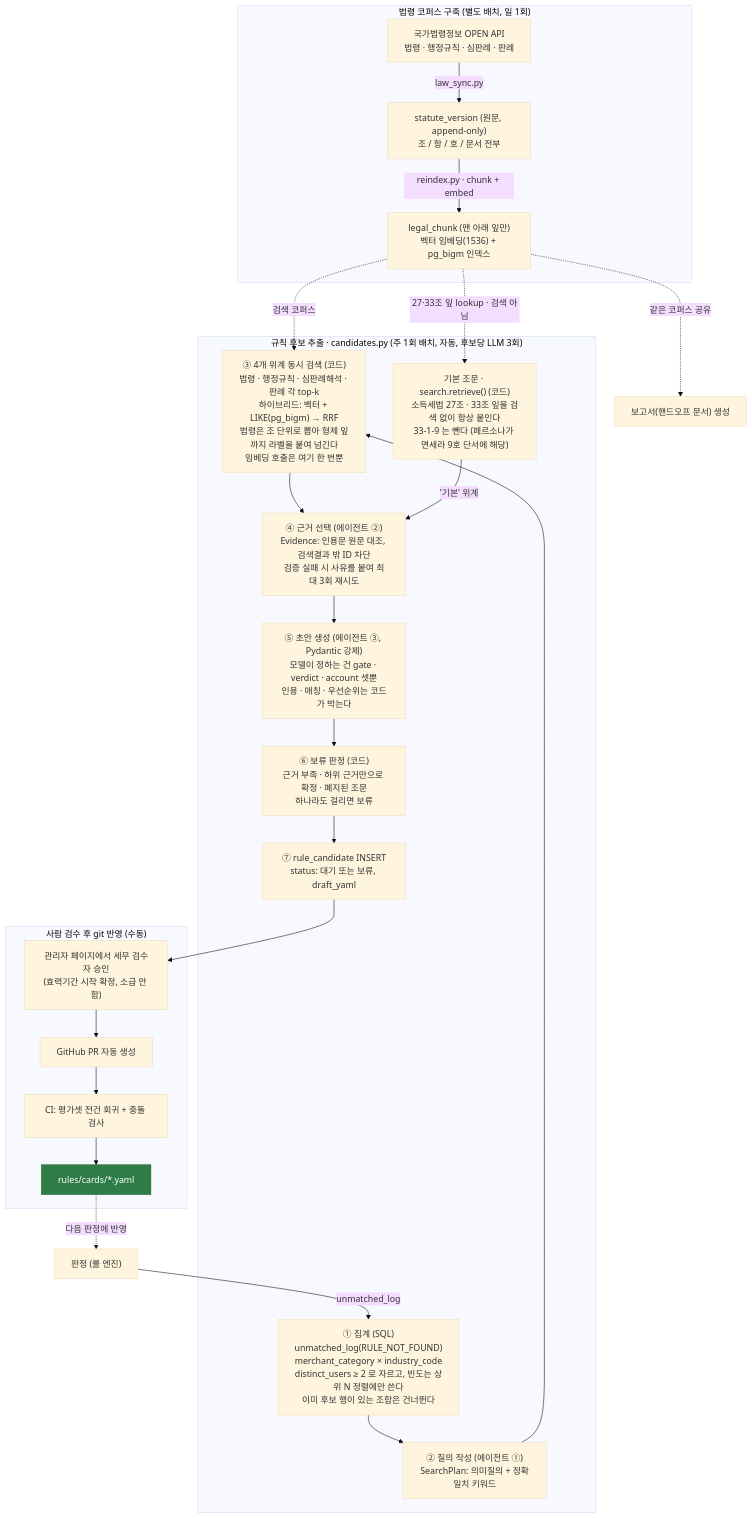
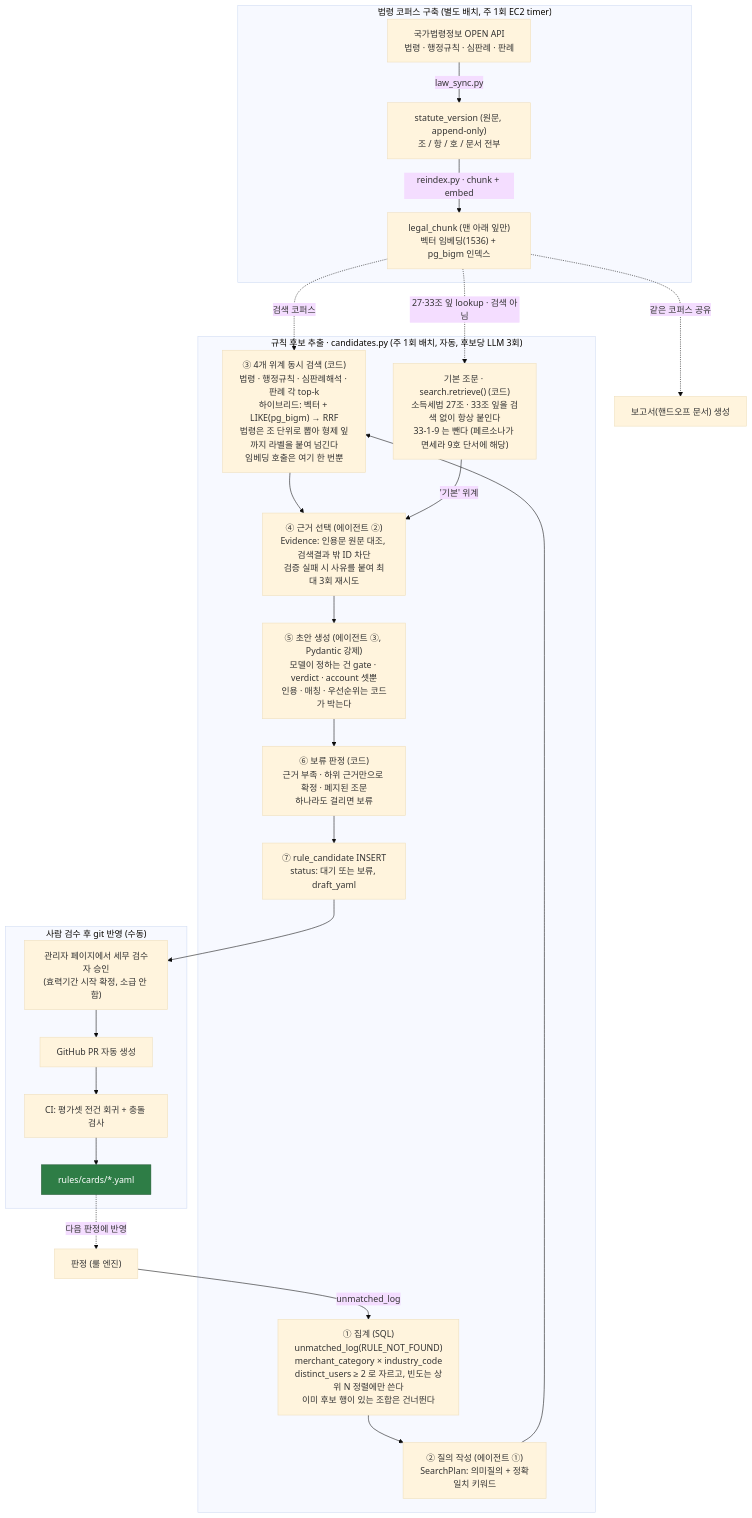
One commit to RainDrop3/ktc4-pusan-4 changed the third of 3 diagrams in docs/architecture.md. Above: the diagram before and after it, drawn with Mermaid (base theme). The commit also changed 3 other files, not shown here.

````diff
--- a/docs/architecture.md
+++ b/docs/architecture.md
@@ -116,43 +116,43 @@
 ```mermaid
 flowchart TD
-    subgraph CORPUS["법령 코퍼스 구축 (별도 배치, 일 1회)"]
+    subgraph CORPUS["법령 코퍼스 구축 (별도 배치, 주 1회 EC2 timer)"]
         LAW["국가법령정보 OPEN API<br/>법령 · 행정규칙 · 심판례 · 판례"]
         SV["statute_version (원문, append-only)<br/>조 / 항 / 호 / 문서 전부"]
         LC["legal_chunk (맨 아래 잎만)<br/>벡터 임베딩(1536) + pg_bigm 인덱스"]
         LAW -->|"law_sync.py"| SV -->|"reindex.py · chunk + embed"| LC
     end
 
     subgraph EXTRACT["규칙 후보 추출 · candidates.py (주 1회 배치, 자동, 후보당 LLM 3회)"]
         AGG["① 집계 (SQL)<br/>unmatched_log(RULE_NOT_FOUND)<br/>merchant_category × industry_code<br/>distinct_users ≥ 2 로 자르고, 빈도는 상위 N 정렬에만 쓴다<br/>이미 후보 행이 있는 조합은 건너뛴다"]
         PLAN["② 질의 작성 (에이전트 ①)<br/>SearchPlan: 의미질의 + 정확일치 키워드"]
         SEARCH["③ 4개 위계 동시 검색 (코드)<br/>법령 · 행정규칙 · 심판례해석 · 판례 각 top-k<br/>하이브리드: 벡터 + LIKE(pg_bigm) → RRF<br/>법령은 조 단위로 뽑아 형제 잎까지 라벨을 붙여 넘긴다<br/>임베딩 호출은 여기 한 번뿐"]
         FRAME["기본 조문 · search.retrieve() (코드)<br/>소득세법 27조 · 33조 잎을 검색 없이 항상 붙인다<br/>33-1-9 는 뺀다 (페르소나가 면세라 9호 단서에 해당)"]
         PICK["④ 근거 선택 (에이전트 ②)<br/>Evidence: 인용문 원문 대조, 검색결과 밖 ID 차단<br/>검증 실패 시 사유를 붙여 최대 3회 재시도"]
         DRAFT["⑤ 초안 생성 (에이전트 ③, Pydantic 강제)<br/>모델이 정하는 건 gate · verdict · account 셋뿐<br/>인용 · 매칭 · 우선순위는 코드가 박는다"]
         HOLD["⑥ 보류 판정 (코드)<br/>근거 부족 · 하위 근거만으로 확정 · 폐지된 조문<br/>하나라도 걸리면 보류"]
         CAND["⑦ rule_candidate INSERT<br/>status: 대기 또는 보류, draft_yaml"]
         AGG --> PLAN --> SEARCH --> PICK --> DRAFT --> HOLD --> CAND
         FRAME -->|"'기본' 위계"| PICK
     end
 
     subgraph HUMAN["사람 검수 후 git 반영 (수동)"]
         ADMIN["관리자 페이지에서 세무 검수자 승인<br/>(효력기간 시작 확정, 소급 안 함)"]
         PR["GitHub PR 자동 생성"]
         CI["CI: 평가셋 전건 회귀 + 충돌 검사"]
         CARDS["rules/cards/*.yaml"]
         ADMIN --> PR --> CI --> CARDS
     end
 
     JUDGE["판정 (룰 엔진)"]
     REPORT["보고서(핸드오프 문서) 생성"]
 
     JUDGE -->|"unmatched_log"| AGG
     LC -.->|"검색 코퍼스"| SEARCH
     LC -.->|"27·33조 잎 lookup · 검색 아님"| FRAME
     LC -.->|"같은 코퍼스 공유"| REPORT
     CAND --> ADMIN
     CARDS -.->|"다음 판정에 반영"| JUDGE
 
     classDef done fill:#2e7d46,color:#ffffff,stroke:#1f5731;
     class CARDS done;
 ```
````
